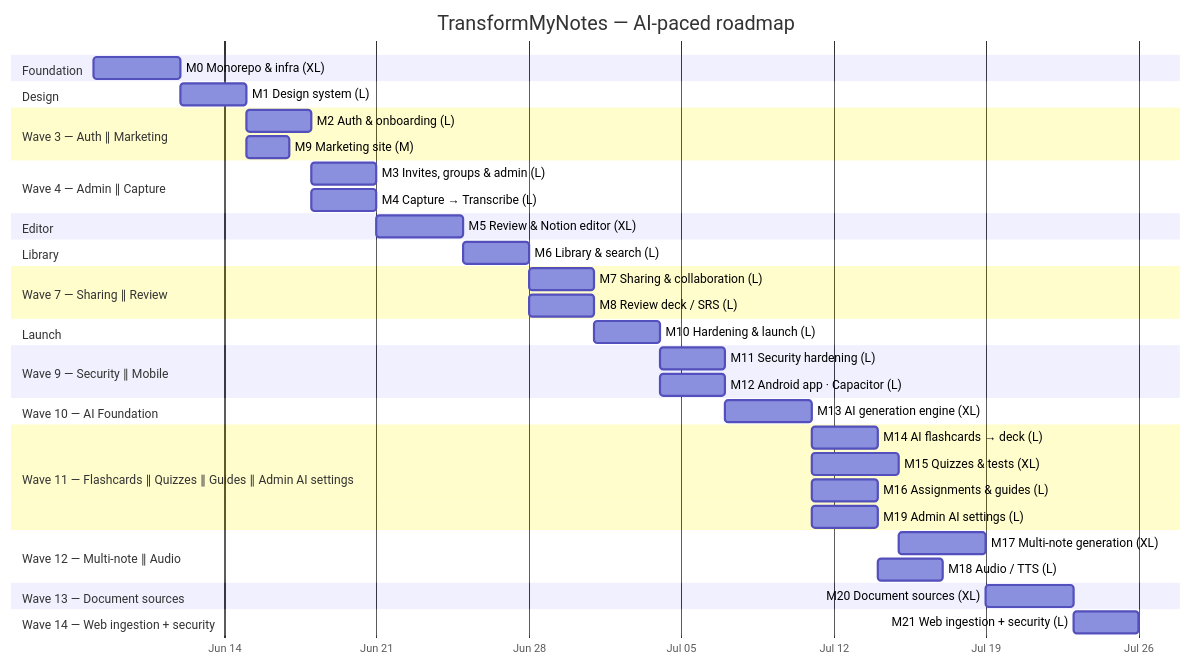
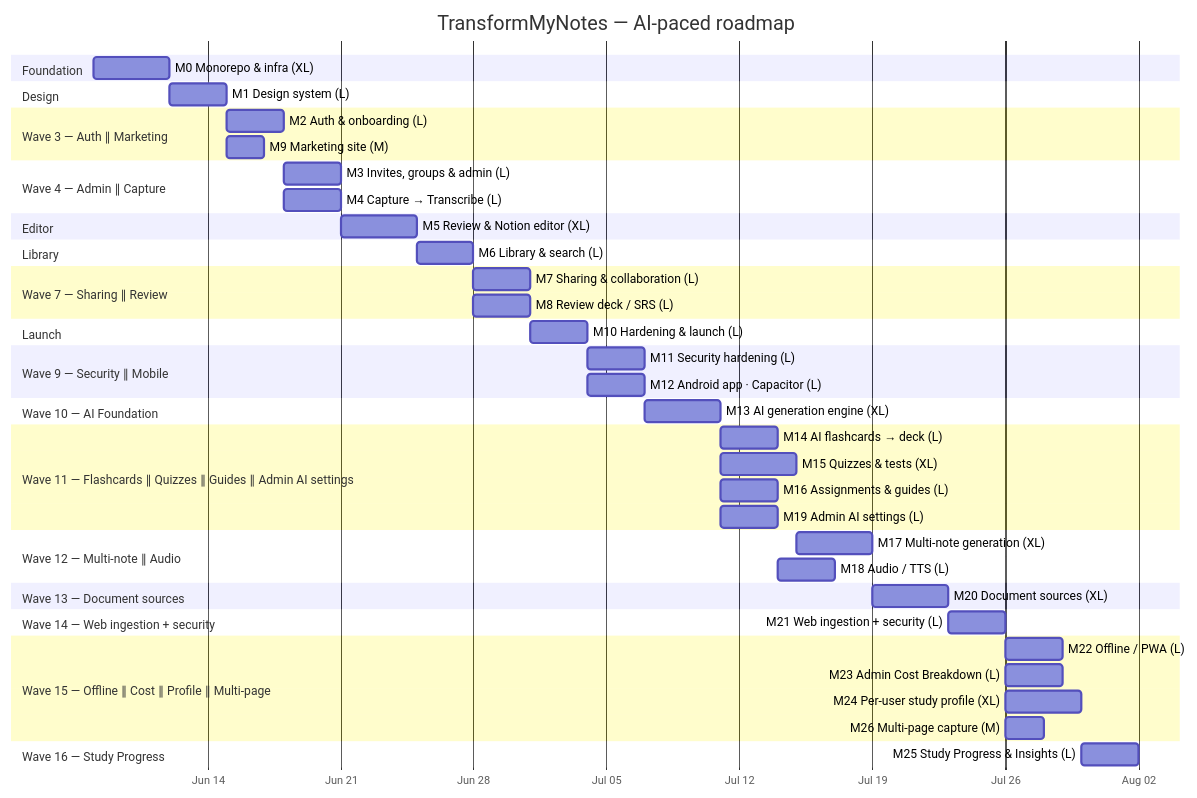
The second of 2 diagrams in docs/milestones/ROADMAP.md (jasonp2323/transformmynotes), drawn with Mermaid before and after one commit. The commit also changed other lines of this file and 3 other files, not shown here.

````diff
--- a/docs/milestones/ROADMAP.md
+++ b/docs/milestones/ROADMAP.md
@@ -71,42 +92,49 @@
 ```mermaid
 gantt
   title TransformMyNotes — AI-paced roadmap
   dateFormat YYYY-MM-DD
   axisFormat %b %d
   section Foundation
   M0 Monorepo & infra (XL)      :m0, 2026-06-08, 4d
   section Design
   M1 Design system (L)          :m1, after m0, 3d
   section Wave 3 — Auth ∥ Marketing
   M2 Auth & onboarding (L)      :m2, after m1, 3d
   M9 Marketing site (M)         :m9, after m1, 2d
   section Wave 4 — Admin ∥ Capture
   M3 Invites, groups & admin (L):m3, after m2, 3d
   M4 Capture → Transcribe (L)   :m4, after m2, 3d
   section Editor
   M5 Review & Notion editor (XL):m5, after m4, 4d
   section Library
   M6 Library & search (L)       :m6, after m5, 3d
   section Wave 7 — Sharing ∥ Review
   M7 Sharing & collaboration (L):m7, after m6, 3d
   M8 Review deck / SRS (L)      :m8, after m6, 3d
   section Launch
   M10 Hardening & launch (L)    :m10, after m8, 3d
   section Wave 9 — Security ∥ Mobile
   M11 Security hardening (L)    :m11, after m10, 3d
   M12 Android app · Capacitor (L):m12, after m10, 3d
   section Wave 10 — AI Foundation
   M13 AI generation engine (XL) :m13, 2026-07-07, 4d
   section Wave 11 — Flashcards ∥ Quizzes ∥ Guides ∥ Admin AI settings
   M14 AI flashcards → deck (L)  :m14, after m13, 3d
   M15 Quizzes & tests (XL)      :m15, after m13, 4d
   M16 Assignments & guides (L)  :m16, after m13, 3d
   M19 Admin AI settings (L)     :m19, after m13, 3d
   section Wave 12 — Multi-note ∥ Audio
   M17 Multi-note generation (XL):m17, after m15, 4d
   M18 Audio / TTS (L)           :m18, after m14, 3d
   section Wave 13 — Document sources
   M20 Document sources (XL)     :m20, after m17, 4d
   section Wave 14 — Web ingestion + security
   M21 Web ingestion + security (L):m21, after m20, 3d
+  section Wave 15 — Offline ∥ Cost ∥ Profile ∥ Multi-page
+  M22 Offline / PWA (L)          :m22, after m21, 3d
+  M23 Admin Cost Breakdown (L)   :m23, after m21, 3d
+  M24 Per-user study profile (XL):m24, after m21, 4d
+  M26 Multi-page capture (M)     :m26, after m21, 2d
+  section Wave 16 — Study Progress
+  M25 Study Progress & Insights (L):m25, after m24, 3d
 ```
````
